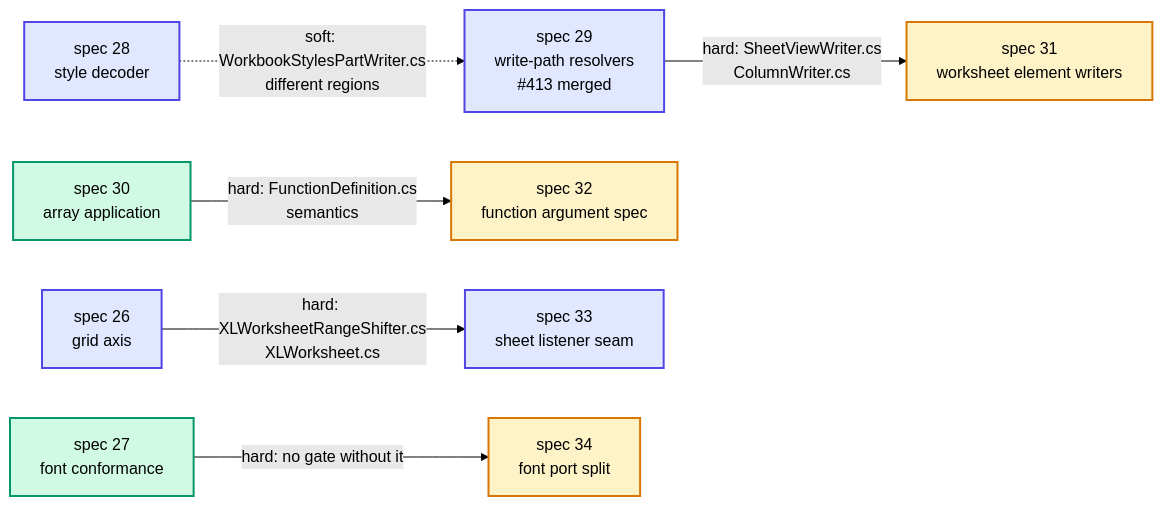
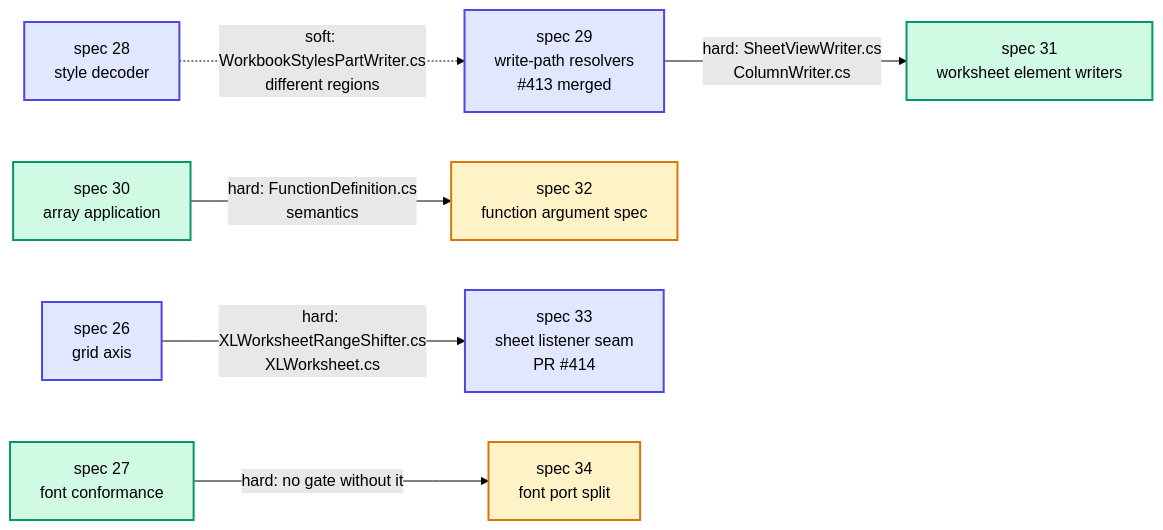
One commit to XLibur/XLibur changed the diagram in docs/specs/TASKLIST-architecture-deepening-2.md. Above: the diagram before and after it, drawn with Mermaid (forest theme). The commit also changed other lines of this file and 3 other files, not shown here.

````diff
--- a/docs/specs/TASKLIST-architecture-deepening-2.md
+++ b/docs/specs/TASKLIST-architecture-deepening-2.md
@@ -272,22 +272,22 @@
 ```mermaid
 flowchart LR
   S26["spec 26<br/>grid axis"]:::done
   S27["spec 27<br/>font conformance"]:::ready
   S28["spec 28<br/>style decoder"]:::done
   S29["spec 29<br/>write-path resolvers<br/>#413 merged"]:::done
   S30["spec 30<br/>array application"]:::ready
-  S31["spec 31<br/>worksheet element writers"]:::blocked
+  S31["spec 31<br/>worksheet element writers"]:::ready
   S32["spec 32<br/>function argument spec"]:::blocked
-  S33["spec 33<br/>sheet listener seam"]:::done
+  S33["spec 33<br/>sheet listener seam<br/>PR #414"]:::done
   S34["spec 34<br/>font port split"]:::blocked
 
   S26 -->|"hard: XLWorksheetRangeShifter.cs<br/>XLWorksheet.cs"| S33
   S27 -->|"hard: no gate without it"| S34
   S29 -->|"hard: SheetViewWriter.cs<br/>ColumnWriter.cs"| S31
   S30 -->|"hard: FunctionDefinition.cs<br/>semantics"| S32
   S28 -.->|"soft: WorkbookStylesPartWriter.cs<br/>different regions"| S29
 
   classDef done fill:#e0e7ff,stroke:#4f46e5,stroke-width:2px;
   classDef ready fill:#d1fae5,stroke:#059669,stroke-width:2px;
   classDef blocked fill:#fef3c7,stroke:#d97706,stroke-width:2px;
 ```
````
